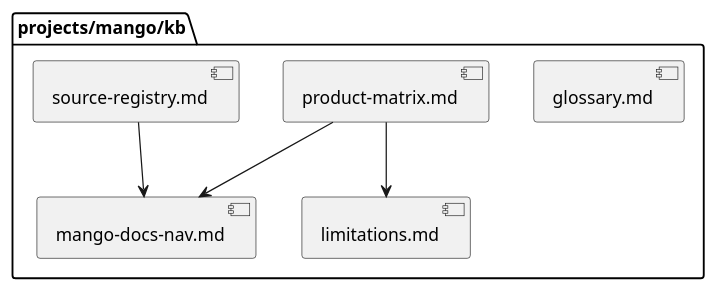
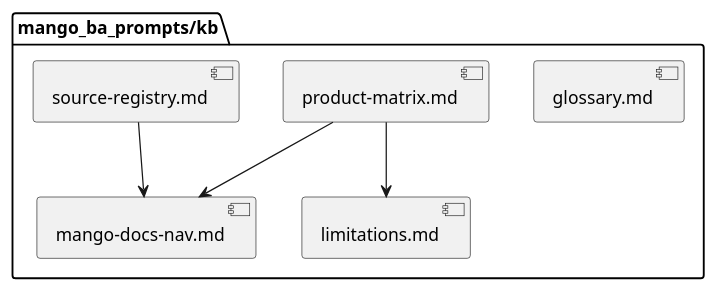
Before and after one commit to konard/G-Ivan-A-hybrid-Intelligence-lab: the fifth of 5 diagrams in research/mango/rag-mapping-roadmap-2026-05.md, drawn with PlantUML. The commit also changed other lines of this file and 35 other files, not shown here.

Commit message:
cleanup: archive projects/mango after successful migration to mango_ba_prompts

````diff
--- a/research/mango/rag-mapping-roadmap-2026-05.md
+++ b/research/mango/rag-mapping-roadmap-2026-05.md
@@ -442,14 +442,14 @@
 ```plantuml
 @startuml
-package "projects/mango/kb" {
+package "mango_ba_prompts/kb" {
   [glossary.md]
   [product-matrix.md]
   [mango-docs-nav.md]
   [limitations.md]
   [source-registry.md]
 }
 [product-matrix.md] --> [mango-docs-nav.md]
 [product-matrix.md] --> [limitations.md]
 [source-registry.md] --> [mango-docs-nav.md]
 @enduml
 ```
````
